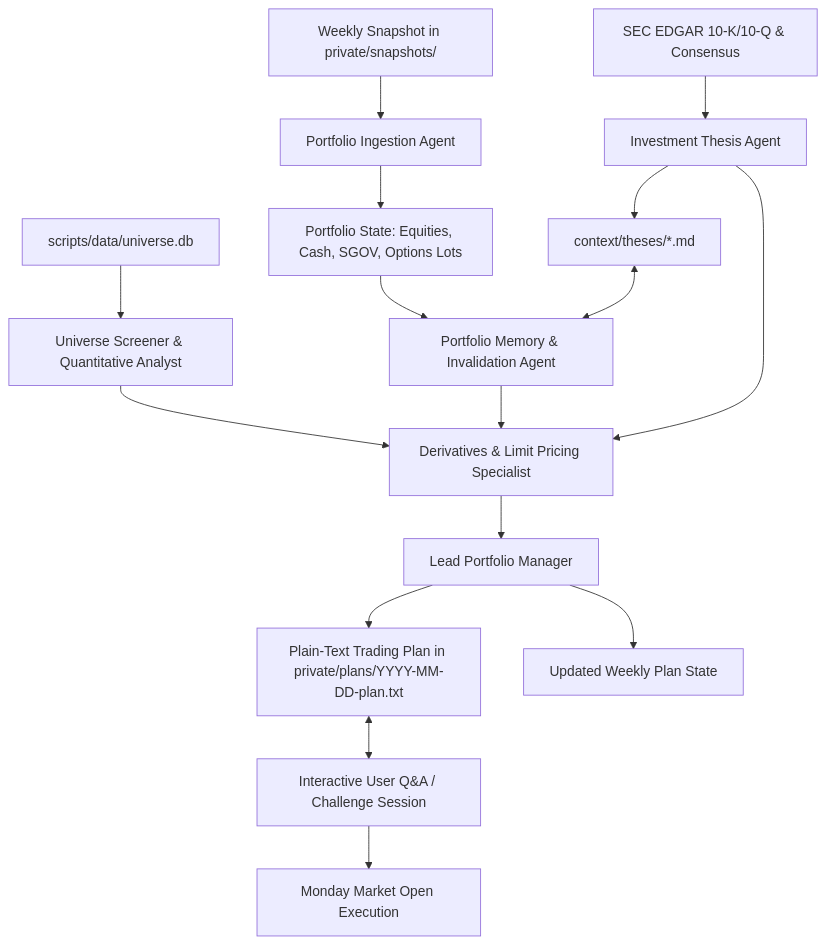
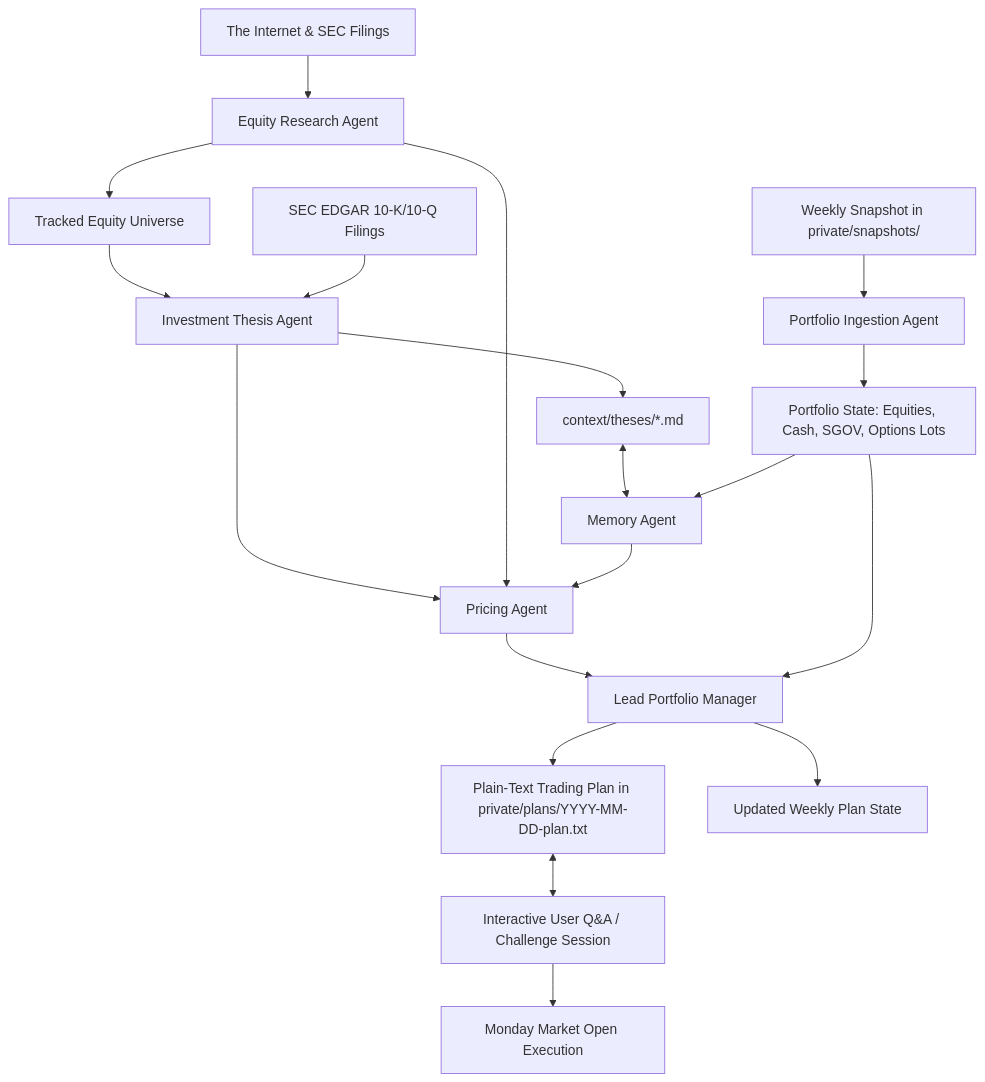
One commit to greenermoose/investments changed the diagram in README.md. Above: the diagram before and after it, drawn with Mermaid. The commit also changed other lines of this file and 21 other files, not shown here.

Commit message:
feat: implement comprehensive pricing agent framework, analytical scripts, and web-based documentation for options strategy modeling

````diff
--- a/README.md
+++ b/README.md
@@ -61,23 +61,26 @@
 ```mermaid
 flowchart TD
     A[Weekly Snapshot in private/snapshots/] --> B[Portfolio Ingestion Agent]
     B --> C[Portfolio State: Equities, Cash, SGOV, Options Lots]
     
-    F[scripts/data/universe.db] --> G[Universe Screener & Quantitative Analyst]
+    NET[The Internet & SEC Filings] --> G[Equity Research Agent]
+    G --> UNIV[Tracked Equity Universe]
     
-    SEC[SEC EDGAR 10-K/10-Q & Consensus] --> TH[Investment Thesis Agent]
+    UNIV --> TH[Investment Thesis Agent]
+    SEC[SEC EDGAR 10-K/10-Q Filings] --> TH
     TH --> E[context/theses/*.md]
     
-    C --> MEM[Portfolio Memory & Invalidation Agent]
-    E <--> MEM
+    E <--> MEM[Memory Agent]
+    C --> MEM
     
-    G --> H[Derivatives & Limit Pricing Specialist]
+    TH --> H[Pricing Agent]
+    G --> H
     MEM --> H
-    TH --> H
     
     H --> I[Lead Portfolio Manager]
+    C --> I
     I --> J[Plain-Text Trading Plan in private/plans/YYYY-MM-DD-plan.txt]
     I --> K[Updated Weekly Plan State]
     J <--> L[Interactive User Q&A / Challenge Session]
     L --> M[Monday Market Open Execution]
 ```
````
